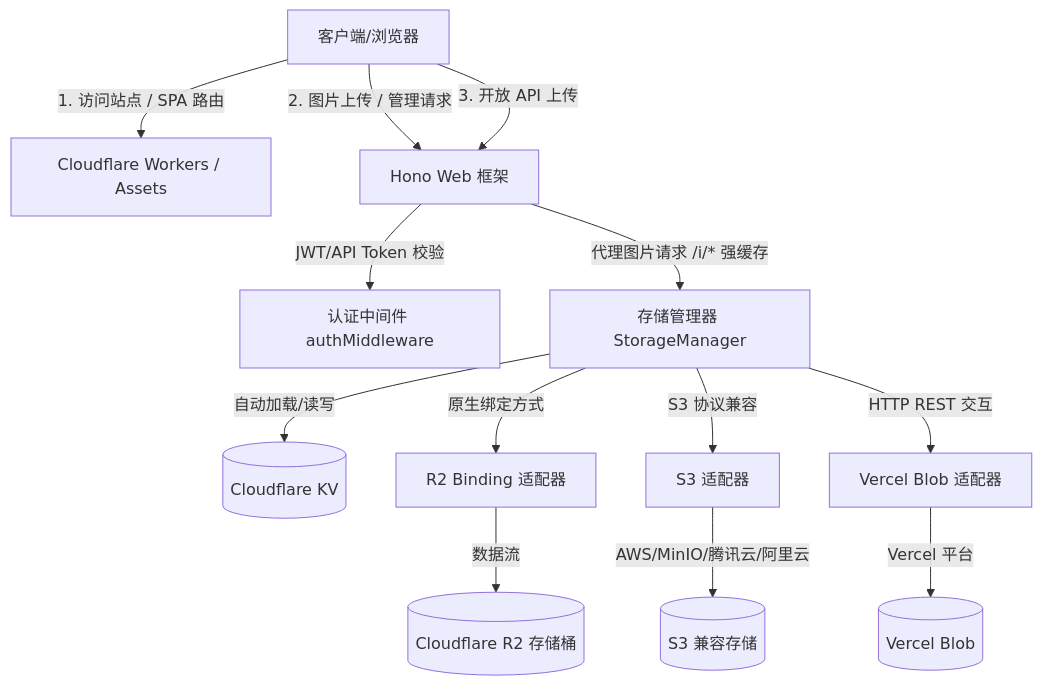
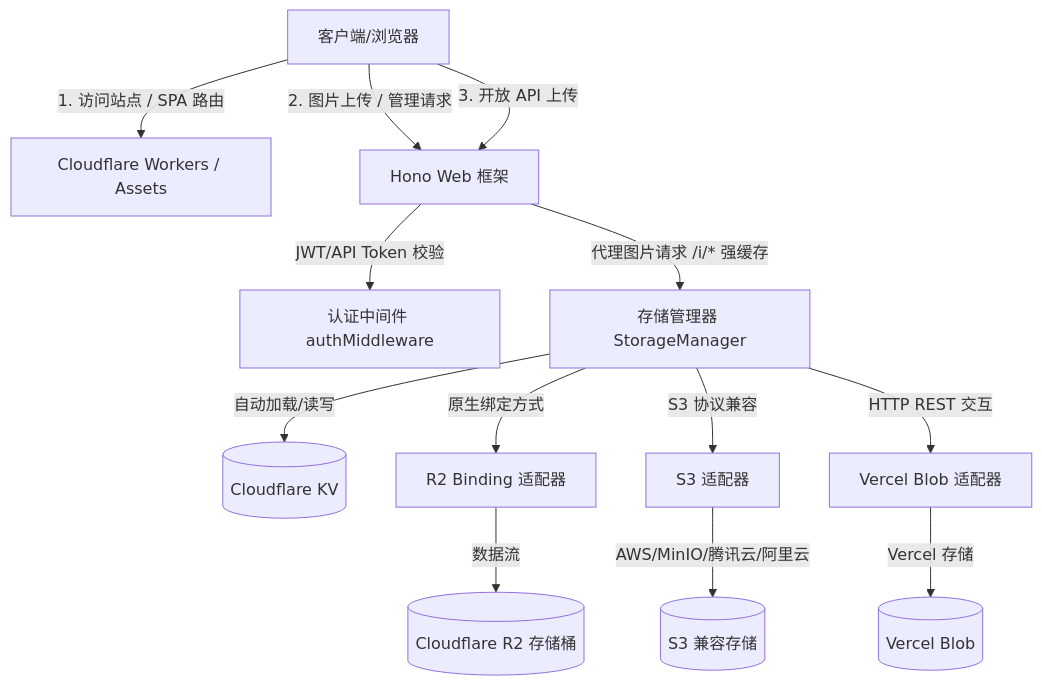
Before and after one commit to hcllmsx/momoimage: the diagram in README.md, drawn with Mermaid. The commit also changed other lines of this file and 1 other file, not shown here.

Commit message:
chore: update documentation and remove Vercel configuration file

````diff
--- a/README.md
+++ b/README.md
@@ -14,18 +14,18 @@
 ```mermaid
 graph TD
     Client[客户端/浏览器] -->|1. 访问站点 / SPA 路由| Worker[Cloudflare Workers / Assets]
     Client -->|2. 图片上传 / 管理请求| Hono[Hono Web 框架]
     Client -->|3. 开放 API 上传| Hono
     
     Hono -->|JWT/API Token 校验| Middleware[认证中间件 authMiddleware]
     Hono -->|代理图片请求 /i/* 强缓存| StorageManager[存储管理器 StorageManager]
     
     StorageManager -->|自动加载/读写| KV[(Cloudflare KV)]
     StorageManager -->|原生绑定方式| R2Adapter[R2 Binding 适配器]
     StorageManager -->|S3 协议兼容| S3Adapter[S3 适配器]
     StorageManager -->|HTTP REST 交互| VercelBlobAdapter[Vercel Blob 适配器]
     
     R2Adapter -->|数据流| CF_R2[(Cloudflare R2 存储桶)]
     S3Adapter -->|AWS/MinIO/腾讯云/阿里云| S3_Cloud[(S3 兼容存储)]
-    VercelBlobAdapter -->|Vercel 平台| VC_Blob[(Vercel Blob)]
+    VercelBlobAdapter -->|Vercel 存储| VC_Blob[(Vercel Blob)]
 ```
````
